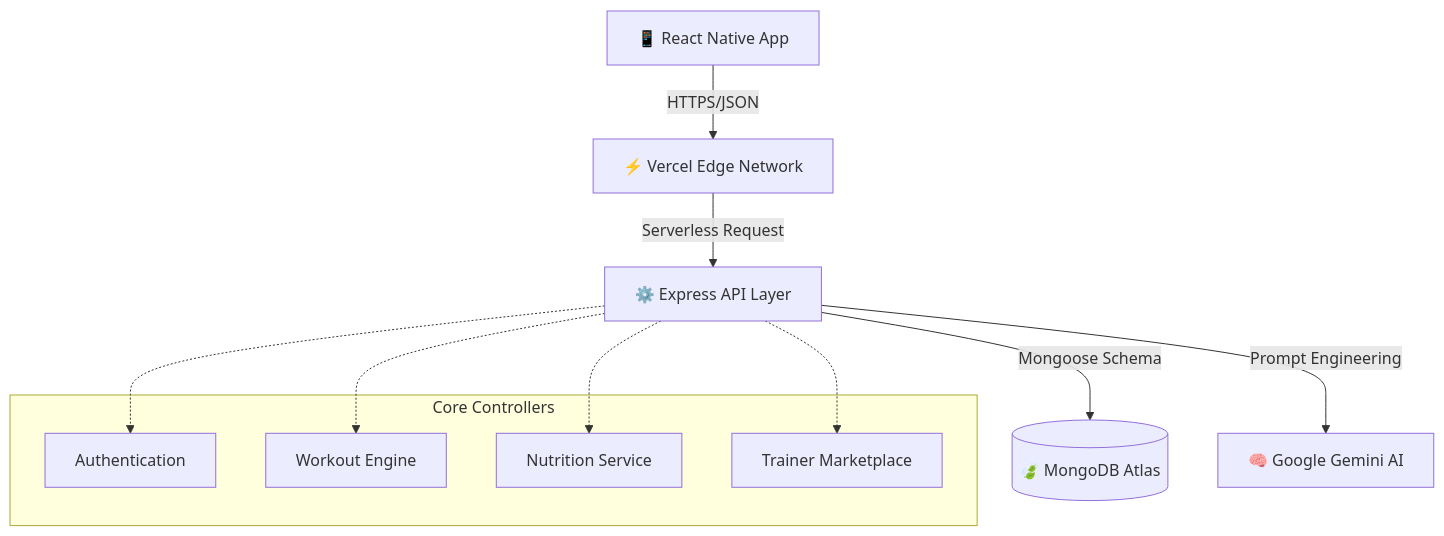
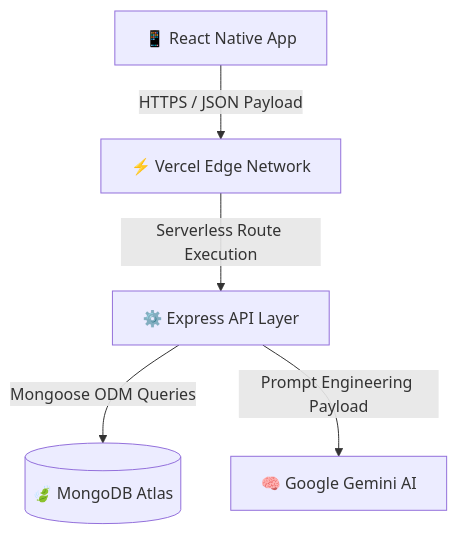
Before and after one commit to A4Asfar/Fitness-Tracking-and-Workout-management-system: the diagram in README.md, drawn with Mermaid. The commit also changed other lines of this file, not shown here.

````diff
--- a/README.md
+++ b/README.md
@@ -78,26 +138,14 @@
 ```mermaid
 graph TD
     Client[📱 React Native App]
     Edge[⚡ Vercel Edge Network]
     API[⚙️ Express API Layer]
     DB[(🍃 MongoDB Atlas)]
     AI[🧠 Google Gemini AI]
     
-    Client -- "HTTPS/JSON" --> Edge
-    Edge -- "Serverless Request" --> API
+    Client -- "HTTPS / JSON Payload" --> Edge
+    Edge -- "Serverless Route Execution" --> API
     
-    API -- "Mongoose Schema" --> DB
-    API -- "Prompt Engineering" --> AI
-    
-    subgraph Core Controllers
-    Auth[Authentication]
-    Workouts[Workout Engine]
-    Diet[Nutrition Service]
-    Trainers[Trainer Marketplace]
-    end
-    
-    API -.-> Auth
-    API -.-> Workouts
-    API -.-> Diet
-    API -.-> Trainers
+    API -- "Mongoose ODM Queries" --> DB
+    API -- "Prompt Engineering Payload" --> AI
 ```
````
